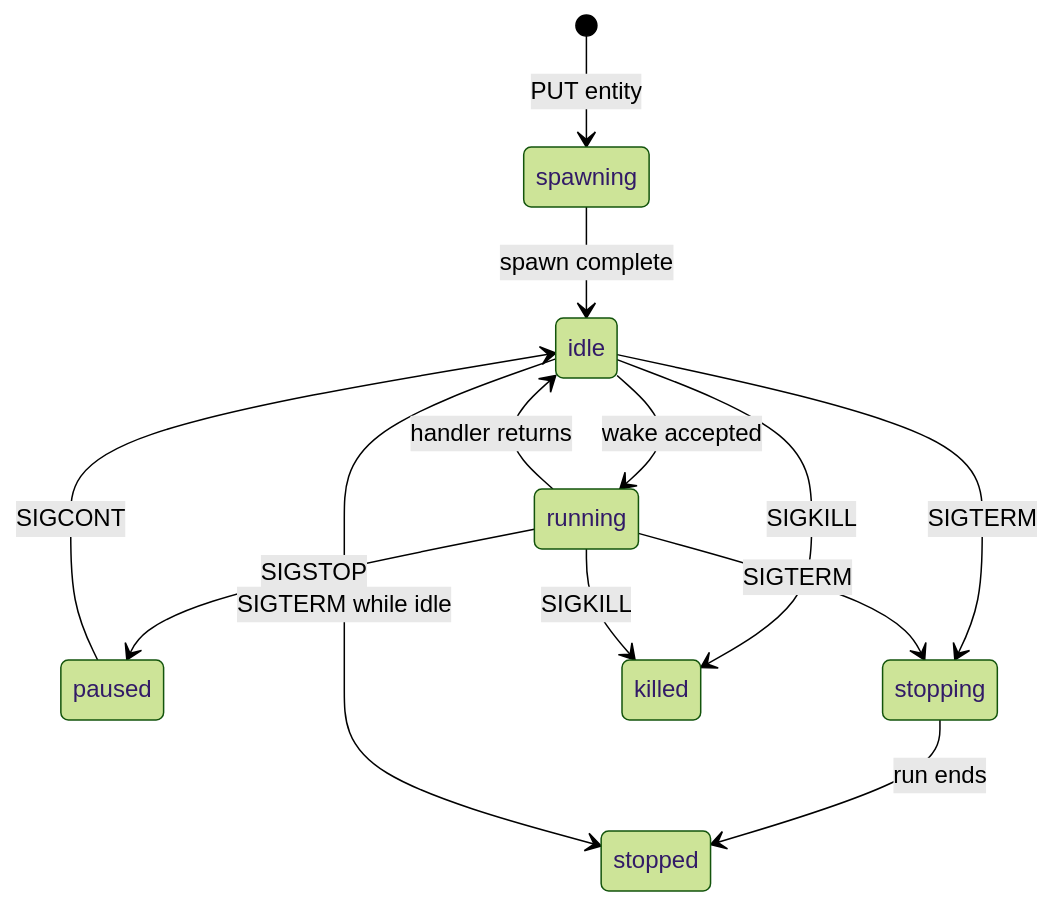
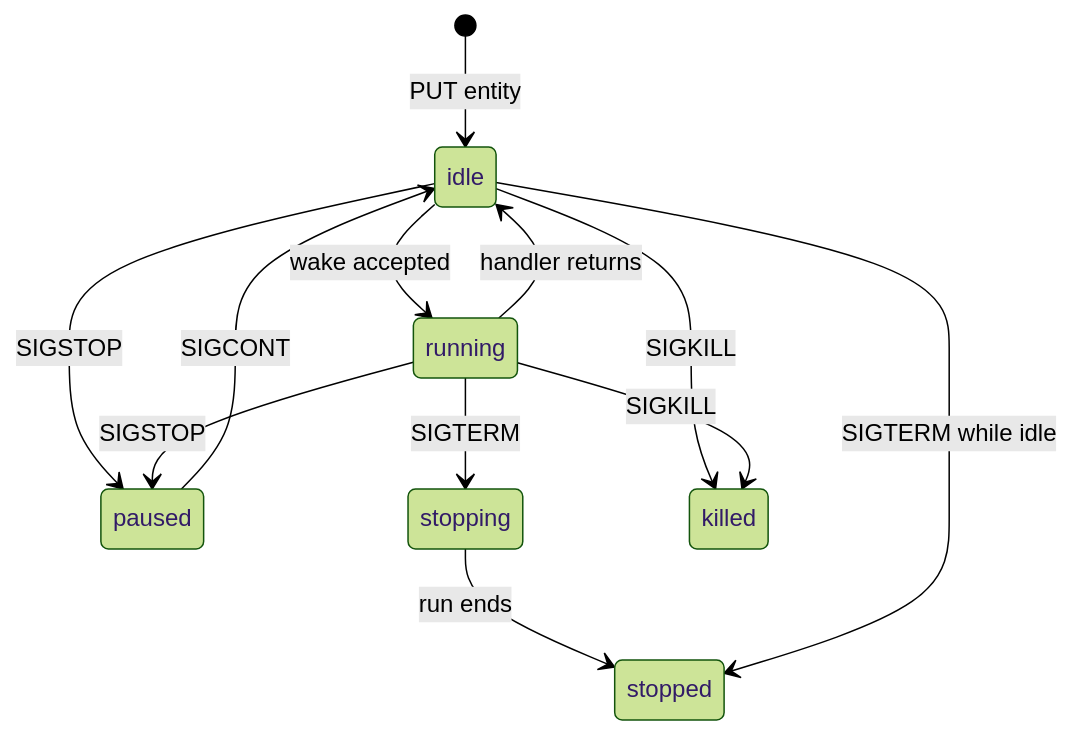
The second of 2 diagrams in src.durable-streams/src.electric/markdown/05-wake-dispatch-and-entity-lifecycle.md (ewe-studios/explorations), drawn with Mermaid (forest theme) before and after one commit. The commit also changed other lines of this file and 112 other files, not shown here.

````diff
--- a/src.durable-streams/src.electric/markdown/05-wake-dispatch-and-entity-lifecycle.md
+++ b/src.durable-streams/src.electric/markdown/05-wake-dispatch-and-entity-lifecycle.md
@@ -247,15 +280,14 @@
 ```mermaid
 stateDiagram-v2
-    [*] --> spawning: PUT entity
-    spawning --> idle: spawn complete
+    [*] --> idle: PUT entity
     idle --> running: wake accepted
     running --> idle: handler returns
+    idle --> paused: SIGSTOP
     running --> paused: SIGSTOP
     paused --> idle: SIGCONT
-    idle --> stopping: SIGTERM
     running --> stopping: SIGTERM
     stopping --> stopped: run ends
     idle --> stopped: SIGTERM while idle
     idle --> killed: SIGKILL
     running --> killed: SIGKILL
 ```
````
